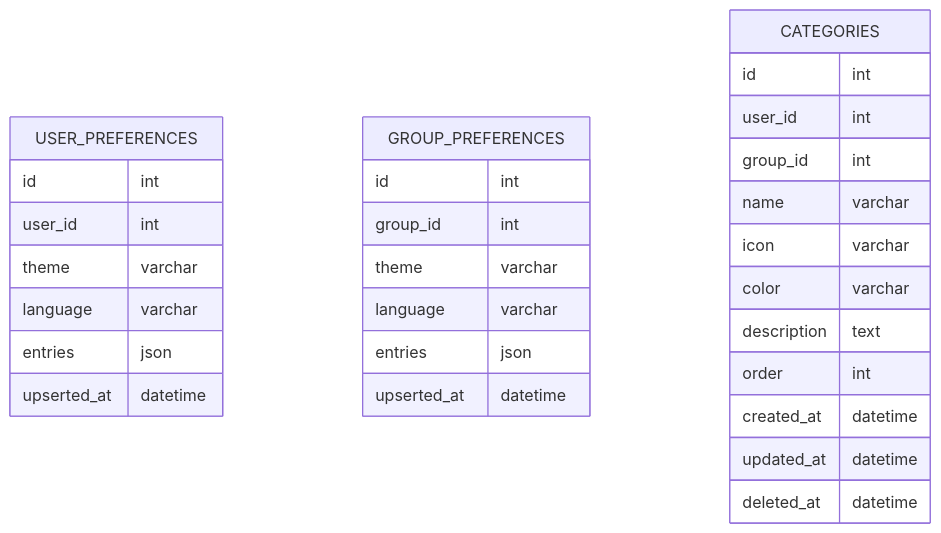
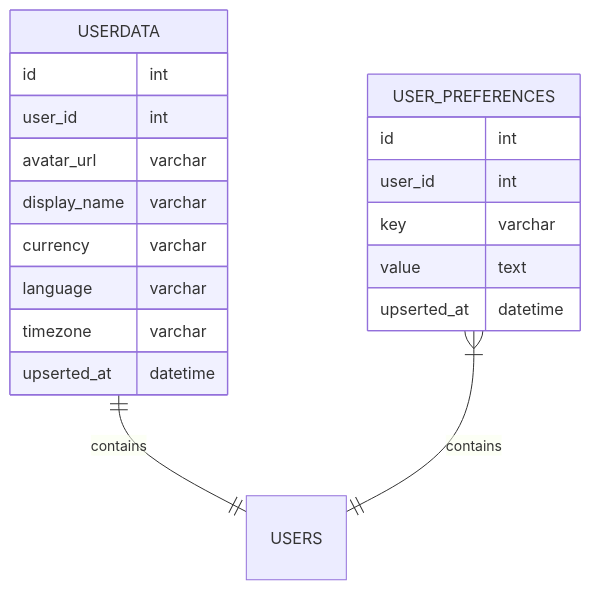
One commit to prulloac/fineasy changed the fifth of 6 diagrams in docs/SCHEMA.md. Above: the diagram before and after it, drawn with Mermaid. The commit also changed other lines of this file and 34 other files, not shown here.

````diff
--- a/docs/SCHEMA.md
+++ b/docs/SCHEMA.md
@@ -239,36 +240,27 @@
 ```mermaid
 
 erDiagram
+
     USER_PREFERENCES {
         id int
         user_id int
-        theme varchar
-        language varchar
-        entries json
+        key varchar
+        value text
         upserted_at datetime
     }
 
-    GROUP_PREFERENCES {
+    USERDATA {
         id int
-        group_id int
-        theme varchar
+        user_id int
+        avatar_url varchar
+        display_name varchar
+        currency varchar
         language varchar
-        entries json
+        timezone varchar
         upserted_at datetime
     }
 
-    CATEGORIES {
-        id int
-        user_id int
-        group_id int
-        name varchar
-        icon varchar
-        color varchar
-        description text
-        order int
-        created_at datetime
-        updated_at datetime
-        deleted_at datetime
-    }
+    USERDATA ||--|| USERS : contains
+    USER_PREFERENCES }|--|| USERS : contains
 
 ```
````
